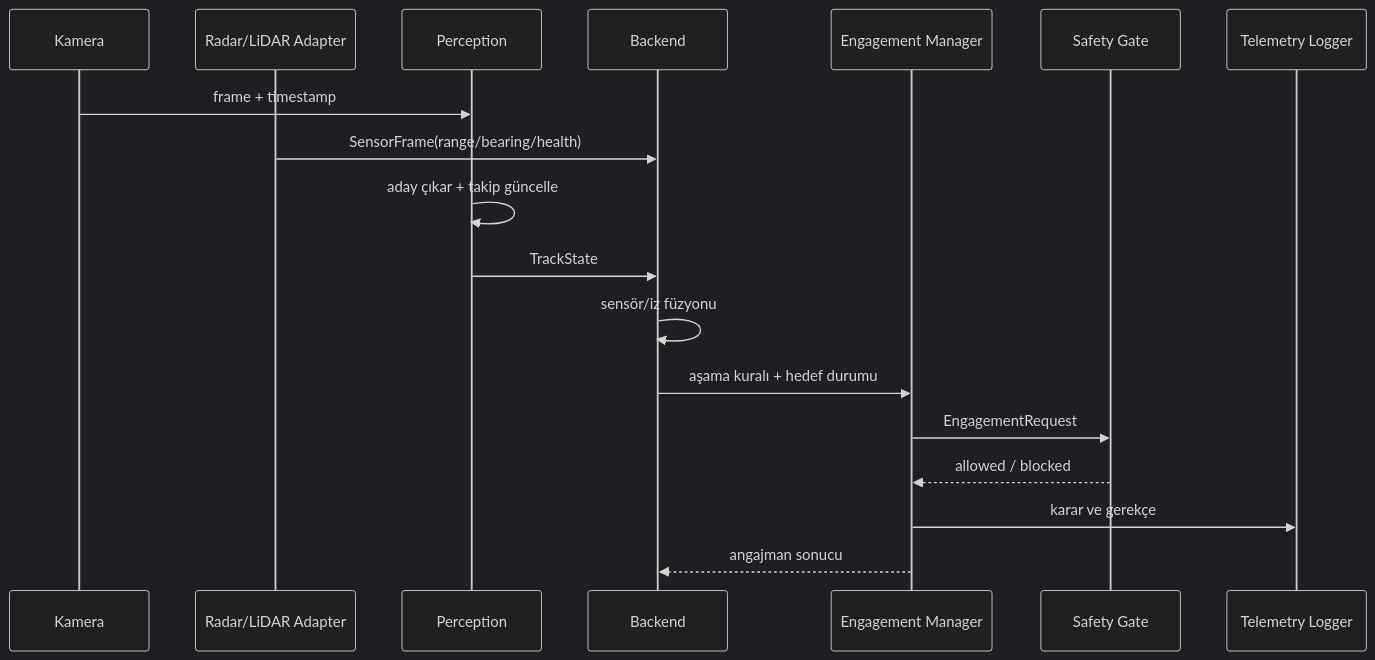
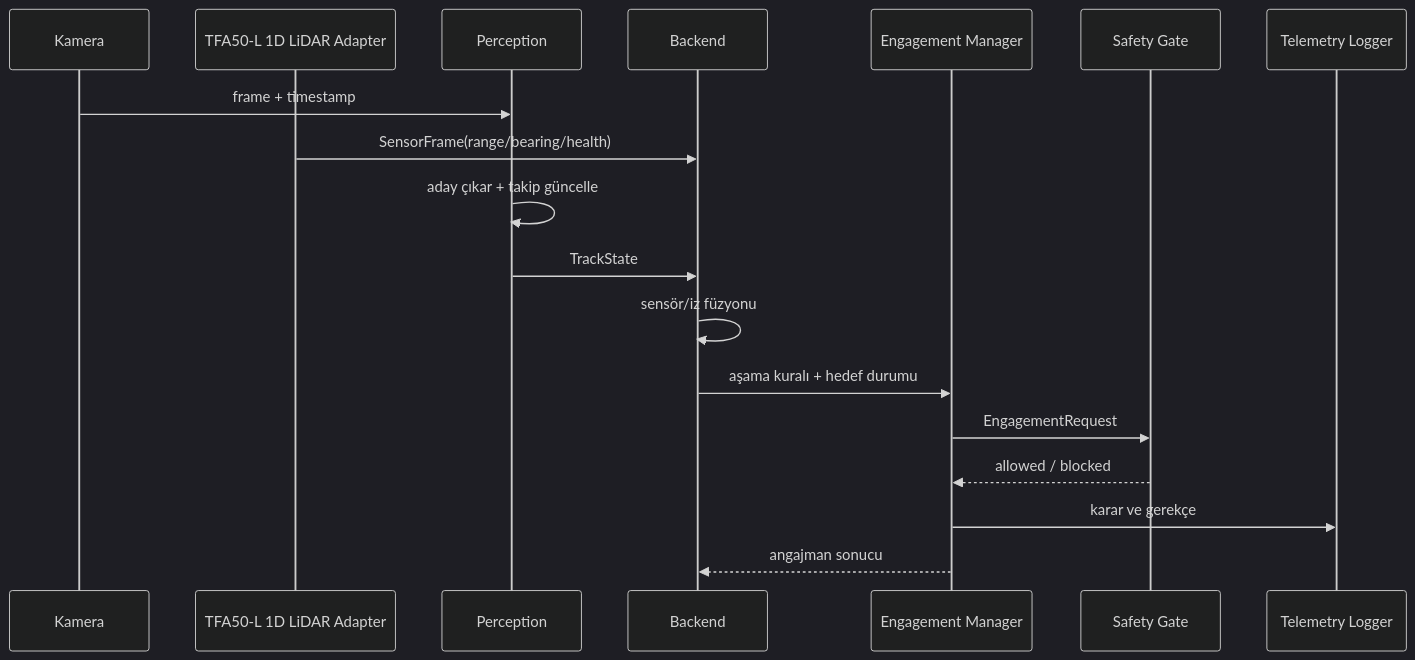
One commit to AlperKartkaya/gokkalkan changed the tenth of 11 diagrams in reports/diyagramlar/mermaid_kodu/ktr_mermaid_diagrams.md. Above: the diagram before and after it, drawn with Mermaid (dark theme). The commit also changed other lines of this file and 25 other files, not shown here.

Commit message:
feat: replace generic Radar/LiDAR adapter with specific TFA50-L 1D LiDAR integration and update associated tests and documentation.

````diff
--- a/reports/diyagramlar/mermaid_kodu/ktr_mermaid_diagrams.md
+++ b/reports/diyagramlar/mermaid_kodu/ktr_mermaid_diagrams.md
@@ -201,21 +201,21 @@
 ```mermaid
 sequenceDiagram
     participant C as Kamera
-    participant R as Radar/LiDAR Adapter
+    participant R as TFA50-L 1D LiDAR Adapter
     participant P as Perception
     participant B as Backend
     participant E as Engagement Manager
     participant S as Safety Gate
     participant L as Telemetry Logger
 
     C->>P: frame + timestamp
     R->>B: SensorFrame(range/bearing/health)
     P->>P: aday çıkar + takip güncelle
     P->>B: TrackState
     B->>B: sensör/iz füzyonu
     B->>E: aşama kuralı + hedef durumu
     E->>S: EngagementRequest
     S-->>E: allowed / blocked
     E->>L: karar ve gerekçe
     E-->>B: angajman sonucu
 ```
````
